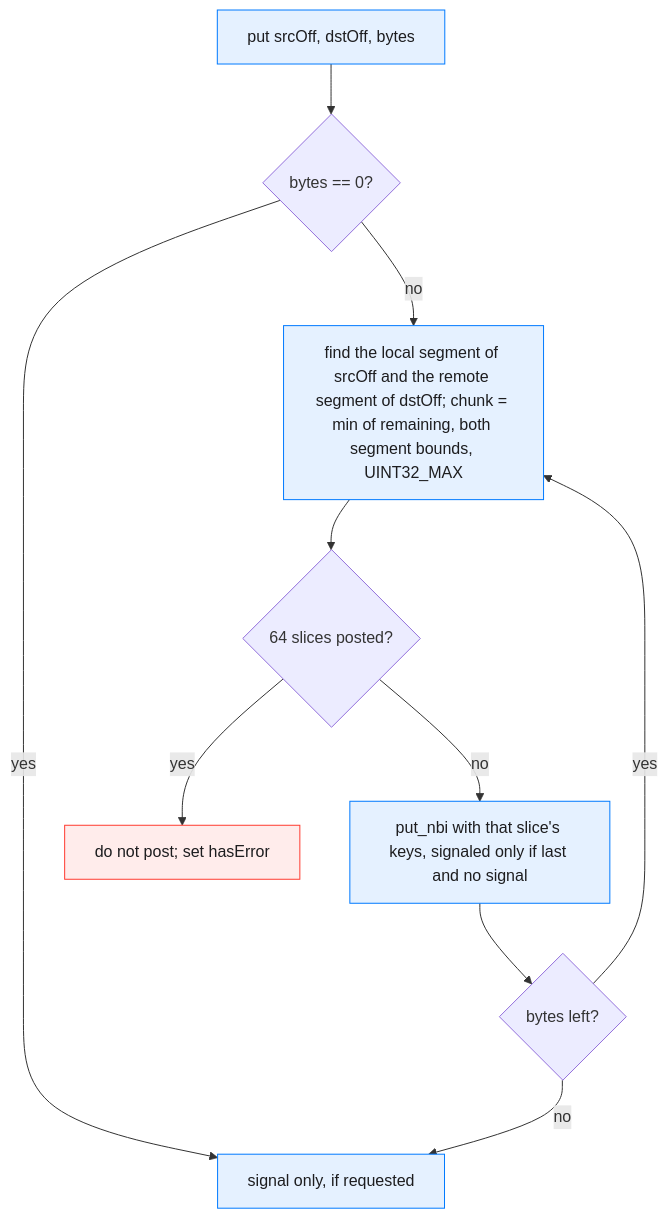
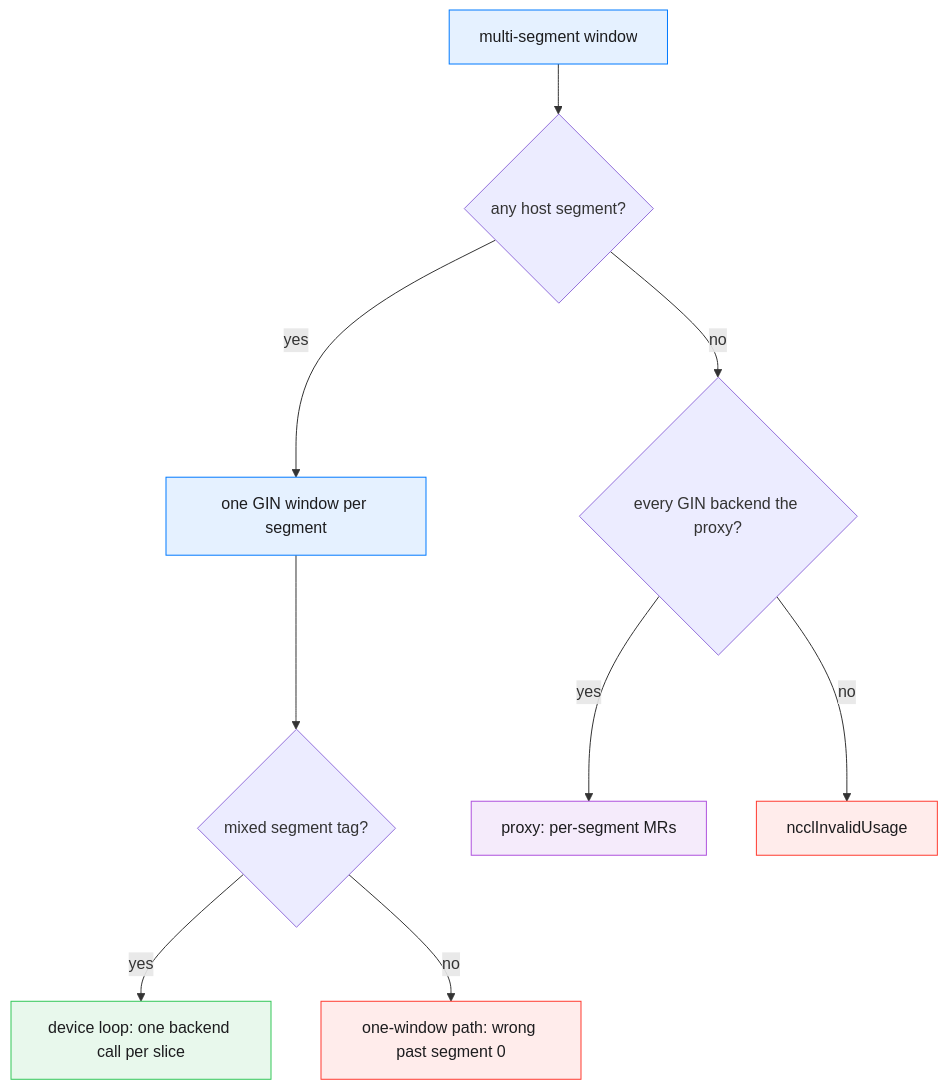
One commit to ROCm/rocm-systems changed the first of 2 diagrams in projects/rccl/docs/design/multi_segment_gin_rocshmem_gda_and_anvil_sdma.md. Above: the diagram before and after it, drawn with Mermaid. The commit also changed other lines of this file and 1 other file, not shown here.

First line of the commit message:
docs: update the GDA and Anvil SDMA multi-segment proposal for develop

````diff
--- a/projects/rccl/docs/design/multi_segment_gin_rocshmem_gda_and_anvil_sdma.md
+++ b/projects/rccl/docs/design/multi_segment_gin_rocshmem_gda_and_anvil_sdma.md
@@ -105,17 +38,20 @@
 ```mermaid
-%% caption: Proposed GDA device put loop over segment slices
+%% caption: How develop and the stack route a multi-segment window on GIN types 6 and 7
 flowchart TD
- p["put srcOff, dstOff, bytes"] --> z{"bytes == 0?"}
- z -->|yes| sig["signal only, if requested"]
- z -->|no| l["find the local segment of srcOff and the remote segment of dstOff; chunk = min of remaining, both segment bounds, UINT32_MAX"]
- l --> w{"64 slices posted?"}
- w -->|yes| r["do not post; set hasError"]
- w -->|no| n["put_nbi with that slice's keys, signaled only if last and no signal"]
- n --> a{"bytes left?"}
- a -->|yes| l
- a -->|no| sig
+ w["multi-segment window"] --> host{"any host segment?"}
+ host -->|yes| per["one GIN window per segment"]
+ per --> tag{"mixed segment tag?"}
+ tag -->|yes| loop["device loop: one backend call per slice"]
+ tag -->|no| one["one-window path: wrong past segment 0"]
+ host -->|no| gate{"every GIN backend the proxy?"}
+ gate -->|yes| proxy["proxy: per-segment MRs"]
+ gate -->|no| rej["ncclInvalidUsage"]
  classDef gin fill:#e5f1ff,stroke:#007aff,color:#1d1d1f
+ classDef rma fill:#f5ebfb,stroke:#af52de,color:#1d1d1f
+ classDef okpath fill:#e8f8ec,stroke:#34c759,color:#1d1d1f
  classDef failpath fill:#ffeceb,stroke:#ff3b30,color:#1d1d1f
- class p,sig,l,n gin
- class r failpath
+ class w,per gin
+ class loop okpath
+ class proxy rma
+ class one,rej failpath
 ```
````
